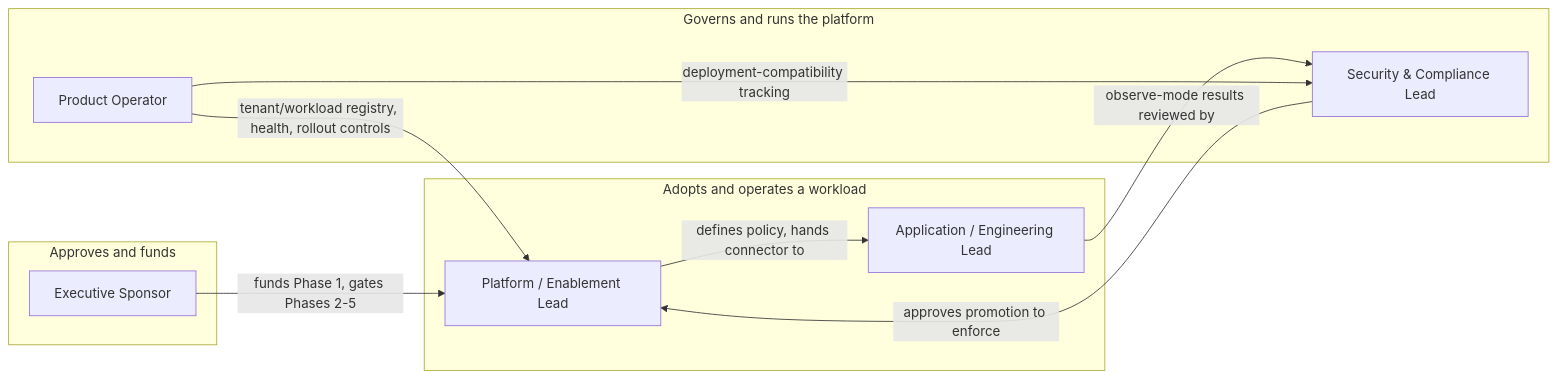
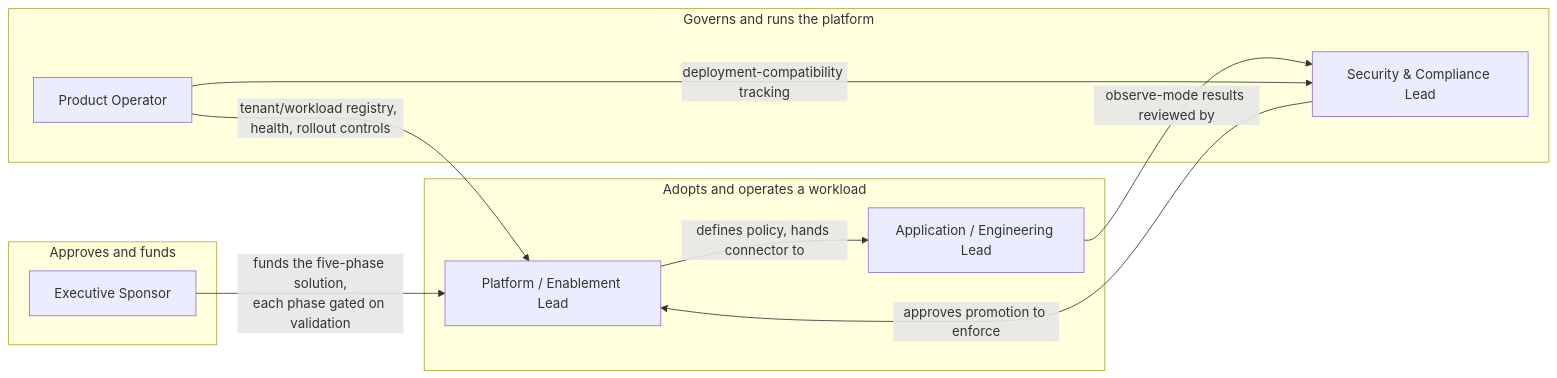
One commit to veglezMX/guardrails changed the diagram in solution-docs/40-sales-deck/AUDIENCE-AND-PERSONAS.md. Above: the diagram before and after it, drawn with Mermaid. The commit also changed other lines of this file and 70 other files, not shown here.

````diff
--- a/solution-docs/40-sales-deck/AUDIENCE-AND-PERSONAS.md
+++ b/solution-docs/40-sales-deck/AUDIENCE-AND-PERSONAS.md
@@ -200,21 +200,21 @@
 ```mermaid
 flowchart LR
     subgraph Decision["Approves and funds"]
         EX["Executive Sponsor"]
     end
     subgraph Adopt["Adopts and operates a workload"]
         PL["Platform / Enablement Lead"]
         AL["Application / Engineering Lead"]
     end
     subgraph Govern["Governs and runs the platform"]
         SC["Security & Compliance Lead"]
         PO["Product Operator"]
     end
 
-    EX -->|"funds Phase 1, gates Phases 2-5"| PL
+    EX -->|"funds the five-phase solution,<br/>each phase gated on validation"| PL
     PL -->|"defines policy, hands connector to"| AL
     AL -->|"observe-mode results reviewed by"| SC
     SC -->|"approves promotion to enforce"| PL
     PO -->|"tenant/workload registry, health, rollout controls"| PL
     PO -->|"deployment-compatibility tracking"| SC
 ```
````
